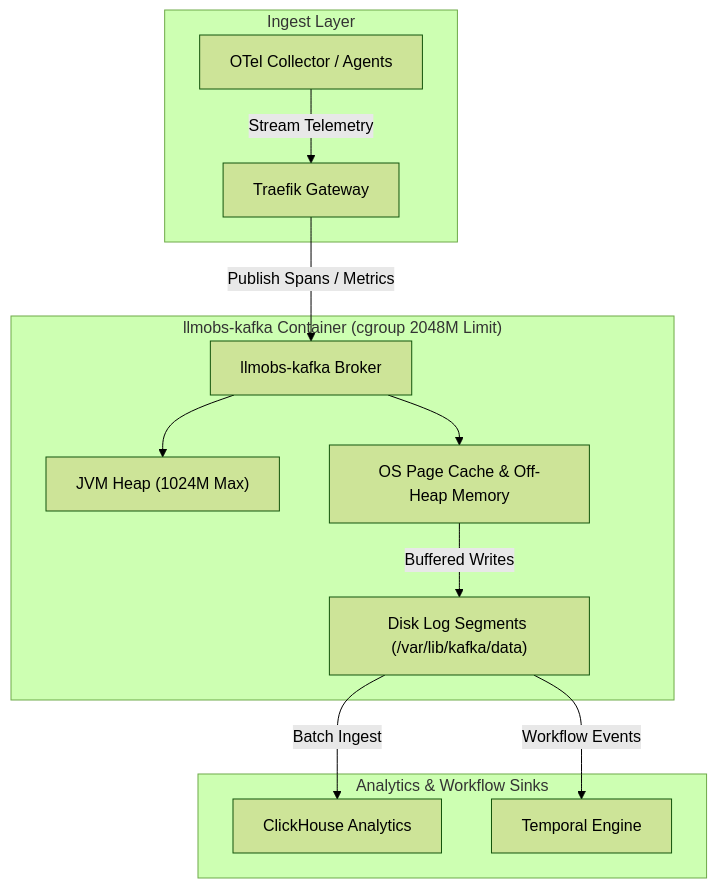
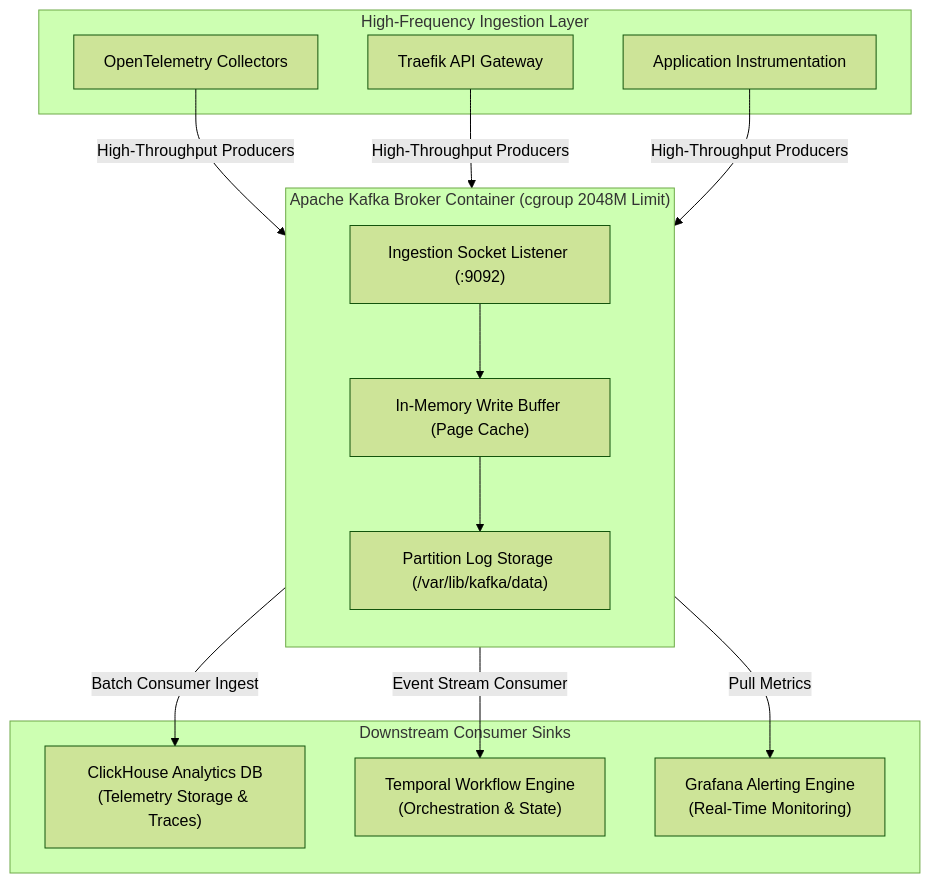
One commit to Chief-Strategist-J/llm-obs-infra changed the first of 12 diagrams in docs/configDoc/kafka-configuration-guide.md. Above: the diagram before and after it, drawn with Mermaid (forest theme). The commit also changed other lines of this file, not shown here.

Commit message:
docs(kafka): add HLD/LLD diagrams, naming convention origin, and visual parameter breakdowns to kafka-configuration-guide.md

````diff
--- a/docs/configDoc/kafka-configuration-guide.md
+++ b/docs/configDoc/kafka-configuration-guide.md
@@ -7,18 +9,27 @@
 ```mermaid
 graph TD
-    subgraph Ingest Layer
-        A["OTel Collector / Agents"] -->|Stream Telemetry| B["Traefik Gateway"]
+    subgraph Ingestion Entrypoints ["High-Frequency Ingestion Layer"]
+        A1["OpenTelemetry Collectors"]
+        A2["Traefik API Gateway"]
+        A3["Application Instrumentation"]
     end
 
-    subgraph Kafka Messaging Buffer ["llmobs-kafka Container (cgroup 2048M Limit)"]
-        B -->|Publish Spans / Metrics| C["llmobs-kafka Broker"]
-        C --> D["JVM Heap (1024M Max)"]
-        C --> E["OS Page Cache & Off-Heap Memory"]
-        E -->|Buffered Writes| F["Disk Log Segments (/var/lib/kafka/data)"]
+    subgraph Kafka Messaging Buffer ["Apache Kafka Broker Container (cgroup 2048M Limit)"]
+        direction TB
+        B1["Ingestion Socket Listener (:9092)"]
+        B2["In-Memory Write Buffer (Page Cache)"]
+        B3["Partition Log Storage (/var/lib/kafka/data)"]
+        B1 --> B2 --> B3
     end
 
-    subgraph Analytics & Workflow Sinks
-        F -->|Batch Ingest| G["ClickHouse Analytics"]
-        F -->|Workflow Events| H["Temporal Engine"]
+    subgraph Analytical & Execution Sinks ["Downstream Consumer Sinks"]
+        C1["ClickHouse Analytics DB<br/>(Telemetry Storage & Traces)"]
+        C2["Temporal Workflow Engine<br/>(Orchestration & State)"]
+        C3["Grafana Alerting Engine<br/>(Real-Time Monitoring)"]
     end
+
+    A1 & A2 & A3 -->|High-Throughput Producers| B1
+    B3 -->|Batch Consumer Ingest| C1
+    B3 -->|Event Stream Consumer| C2
+    B3 -->|Pull Metrics| C3
 ```
````
